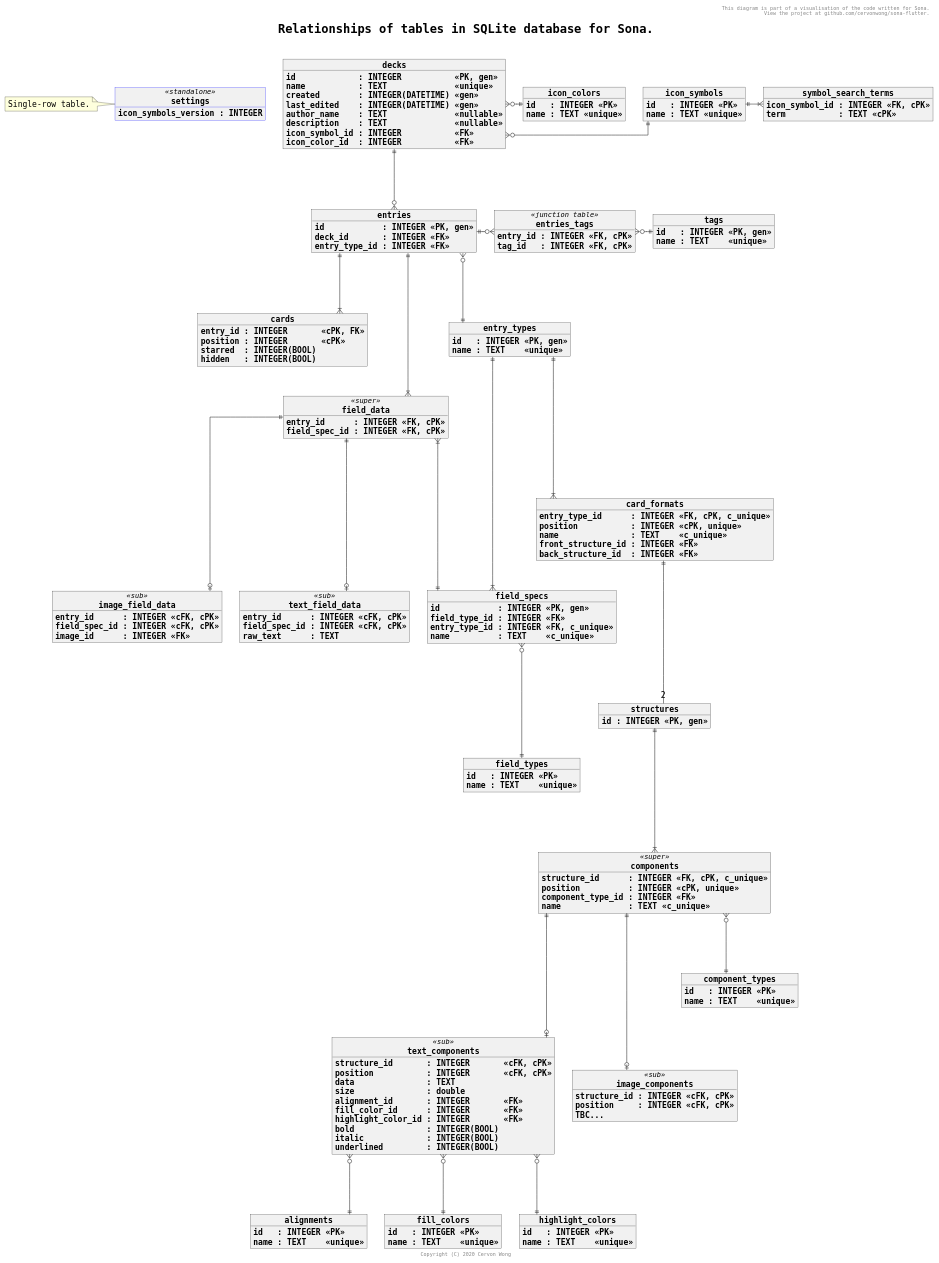
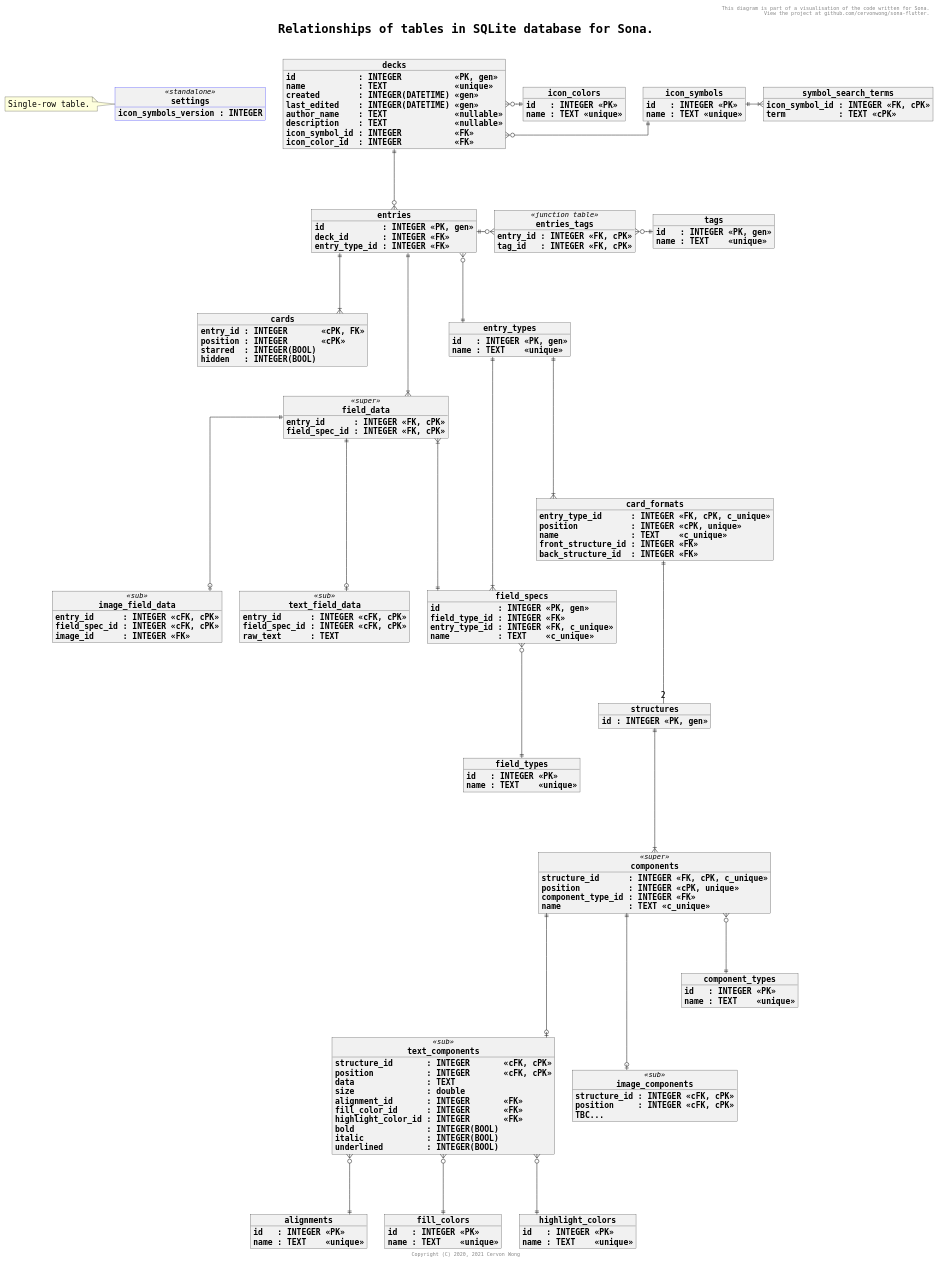
Before and after one commit to cervonwong/sona-flutter: the diagram in docs/puml/material_database.puml, drawn with PlantUML. The commit also changed 10 other files, not shown here.

```diff
--- a/docs/puml/material_database.puml
+++ b/docs/puml/material_database.puml
@@ -1,192 +1,192 @@
 @startuml
 
 skinparam wrapWidth 1000
 skinparam defaultFontName Monospaced
 skinparam defaultFontSize 16
 skinparam objectStereotypeFontSize 14
 skinparam titleFontSize 24
 skinparam titleFontStyle bold
 skinparam objectFontStyle bold
 skinparam objectBorderColor<<standalone>> blue
 skinparam linetype ortho
 skinparam shadowing false
 
 header This diagram is part of a visualisation of the code written for Sona.\n View the project at github.com/cervonwong/sona-flutter.
 title Relationships of tables in SQLite database for Sona.\n
-footer Copyright (C) 2020 Cervon Wong
+footer Copyright (C) 2020, 2021 Cervon Wong
 
 object settings <<standalone>> {
     icon_symbols_version : INTEGER
 }
 
 note left of settings
     Single-row table.
 endnote
 
 object decks {
 	id             : INTEGER           <<PK, gen>>
 	name           : TEXT              <<unique>>
 	created        : INTEGER(DATETIME) <<gen>>
 	last_edited    : INTEGER(DATETIME) <<gen>>
 	author_name    : TEXT              <<nullable>>
 	description    : TEXT              <<nullable>>
 	icon_symbol_id : INTEGER           <<FK>>
 	icon_color_id  : INTEGER           <<FK>>
 }
 
 object icon_symbols {
 	id   : INTEGER <<PK>>
 	name : TEXT <<unique>>
 }
 
 object icon_colors {
 	id   : INTEGER <<PK>>
 	name : TEXT <<unique>>
 }
 
 object symbol_search_terms {
 	icon_symbol_id : INTEGER <<FK, cPK>>
 	term           : TEXT <<cPK>>
 }
 
 object entries {
 	id            : INTEGER <<PK, gen>>
 	deck_id       : INTEGER <<FK>>
 	entry_type_id : INTEGER <<FK>>
 }
 
 object cards {
 	entry_id : INTEGER       <<cPK, FK>>
 	position : INTEGER       <<cPK>>
 	starred  : INTEGER(BOOL)
 	hidden   : INTEGER(BOOL)
 }
 
 object tags {
 	id   : INTEGER <<PK, gen>>
 	name : TEXT    <<unique>>
 }
 
 object entries_tags <<junction table>> {
 	entry_id : INTEGER <<FK, cPK>>
 	tag_id   : INTEGER <<FK, cPK>>
 }
 
 object field_specs {
 	id            : INTEGER <<PK, gen>>
 	field_type_id : INTEGER <<FK>>
 	entry_type_id : INTEGER <<FK, c_unique>>
 	name          : TEXT    <<c_unique>>
 }
 
 object field_types {
 	id   : INTEGER <<PK>>
 	name : TEXT    <<unique>>
 }
 
 object field_data <<super>> {
 	entry_id      : INTEGER <<FK, cPK>>
     field_spec_id : INTEGER <<FK, cPK>>
     ' Get field_type_id from field_specs table.
 }
 
 object text_field_data <<sub>> {
 	entry_id      : INTEGER <<cFK, cPK>>
     field_spec_id : INTEGER <<cFK, cPK>>
 	raw_text      : TEXT
 }
 
 object image_field_data <<sub>> {
 	entry_id      : INTEGER <<cFK, cPK>>
     field_spec_id : INTEGER <<cFK, cPK>>
 	image_id      : INTEGER <<FK>>
 }
 
 object entry_types {
 	id   : INTEGER <<PK, gen>>
 	name : TEXT    <<unique>>
 }
 
 object card_formats {
 	entry_type_id      : INTEGER <<FK, cPK, c_unique>>
 	position           : INTEGER <<cPK, unique>>
 	name               : TEXT    <<c_unique>>
 	front_structure_id : INTEGER <<FK>>
 	back_structure_id  : INTEGER <<FK>>
 }
 
 object structures {
 	id : INTEGER <<PK, gen>>
 }
 
 object components <<super>> {
 	structure_id      : INTEGER <<FK, cPK, c_unique>>
 	position          : INTEGER <<cPK, unique>>
 	component_type_id : INTEGER <<FK>>
 	name              : TEXT <<c_unique>>
 }
 
 object text_components <<sub>> {
 	structure_id       : INTEGER       <<cFK, cPK>>
 	position           : INTEGER       <<cFK, cPK>>
 	data               : TEXT
 	size               : double
 	alignment_id       : INTEGER       <<FK>>
 	fill_color_id      : INTEGER       <<FK>>
 	highlight_color_id : INTEGER       <<FK>>
 	bold               : INTEGER(BOOL)
 	italic             : INTEGER(BOOL)
 	underlined         : INTEGER(BOOL)
 }
 
 object alignments {
 	id   : INTEGER <<PK>>
 	name : TEXT    <<unique>>
 }
 
 object fill_colors {
 	id   : INTEGER <<PK>>
 	name : TEXT    <<unique>>
 }
 
 object highlight_colors {
 	id   : INTEGER <<PK>>
 	name : TEXT    <<unique>>
 }
 
 object image_components <<sub>> {
 	structure_id : INTEGER <<cFK, cPK>>
     position     : INTEGER <<cFK, cPK>>
     TBC...
 }
 
 object component_types {
 	id   : INTEGER <<PK>>
 	name : TEXT    <<unique>>
 }
 
 decks             }o-||      icon_symbols
 decks             }o-||      icon_colors
 icon_symbols      ||-|{      symbol_search_terms
 decks             ||---o{    entries
 entries           ||---|{    cards
 entries           ||-o{      entries_tags
 entries_tags      }o-||      tags
 field_specs       }o----||   field_types
 field_data        ||----o|   text_field_data
 field_data        ||----o|   image_field_data
 field_data        }|----||   field_specs
 entries           ||----|{   field_data
 entries           }o---||    entry_types
 entry_types       ||----|{   field_specs
 entry_types       ||----|{   card_formats
 card_formats      ||---- "2" structures
 structures        ||----|{   components
 components        }o---||    component_types
 components        ||----o|   text_components
 components        ||----o|   image_components
 text_components   }o---||    alignments
 text_components   }o---||    fill_colors
 text_components   }o---||    highlight_colors
 
 @enduml
```
